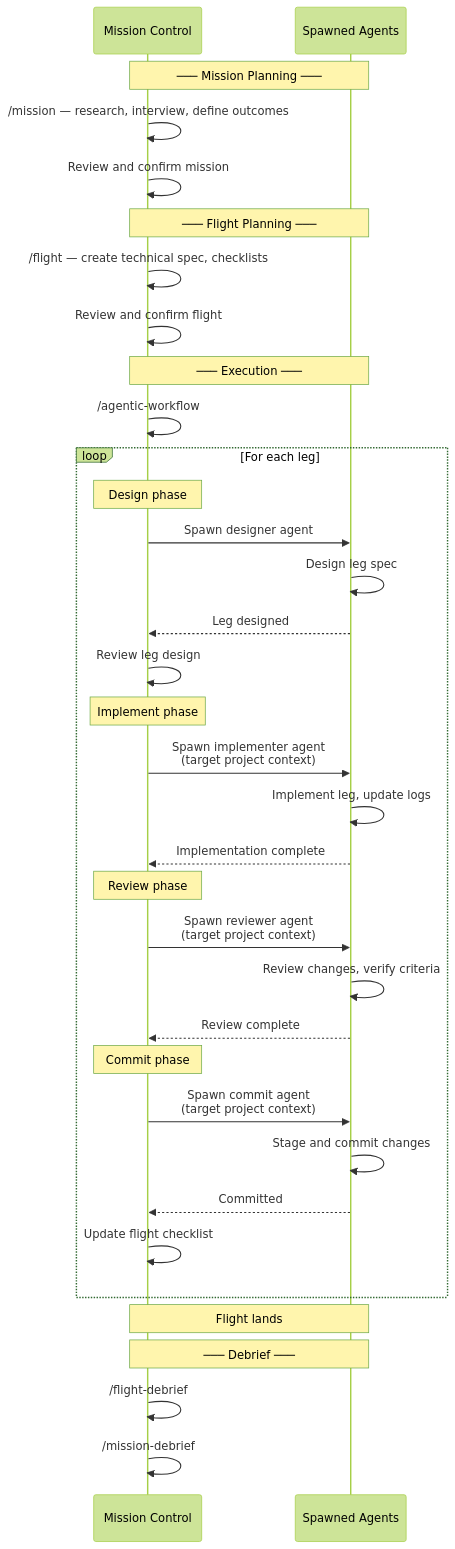
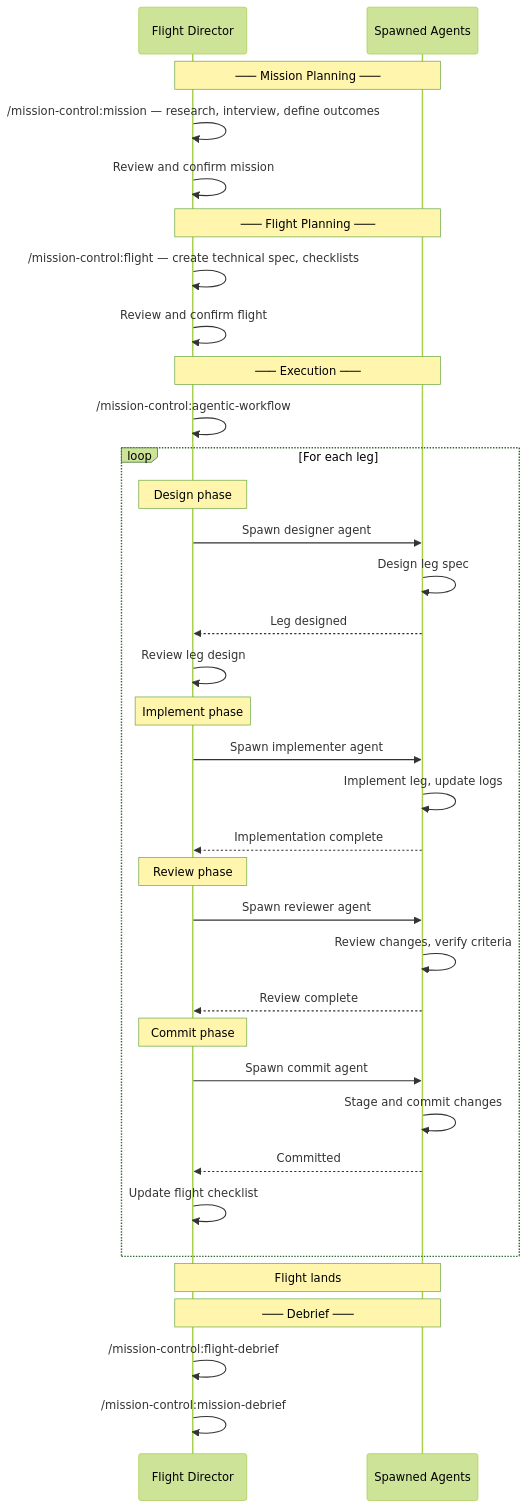
One commit to msieurthenardier/mission-control changed the diagram in README.md. Above: the diagram before and after it, drawn with Mermaid (forest theme). The commit also changed other lines of this file and 60 other files, not shown here.

First line of the commit message:
Reshape mission-control as a Claude Code plugin (#9)

````diff
--- a/README.md
+++ b/README.md
@@ -147,48 +175,48 @@
 ```mermaid
 sequenceDiagram
-    participant MC as Mission Control
+    participant MC as Flight Director
     participant A as Spawned Agents
 
     Note over MC,A: ─── Mission Planning ───
-    MC->>MC: /mission — research, interview, define outcomes
+    MC->>MC: /mission-control:mission — research, interview, define outcomes
     MC->>MC: Review and confirm mission
 
     Note over MC,A: ─── Flight Planning ───
-    MC->>MC: /flight — create technical spec, checklists
+    MC->>MC: /mission-control:flight — create technical spec, checklists
     MC->>MC: Review and confirm flight
 
     Note over MC,A: ─── Execution ───
-    MC->>MC: /agentic-workflow
+    MC->>MC: /mission-control:agentic-workflow
 
     loop For each leg
         Note over MC: Design phase
         MC->>A: Spawn designer agent
         A->>A: Design leg spec
         A-->>MC: Leg designed
 
         MC->>MC: Review leg design
 
         Note over MC: Implement phase
-        MC->>A: Spawn implementer agent<br/>(target project context)
+        MC->>A: Spawn implementer agent
         A->>A: Implement leg, update logs
         A-->>MC: Implementation complete
 
         Note over MC: Review phase
-        MC->>A: Spawn reviewer agent<br/>(target project context)
+        MC->>A: Spawn reviewer agent
         A->>A: Review changes, verify criteria
         A-->>MC: Review complete
 
         Note over MC: Commit phase
-        MC->>A: Spawn commit agent<br/>(target project context)
+        MC->>A: Spawn commit agent
         A->>A: Stage and commit changes
         A-->>MC: Committed
 
         MC->>MC: Update flight checklist
     end
 
     Note over MC,A: Flight lands
 
     Note over MC,A: ─── Debrief ───
-    MC->>MC: /flight-debrief
-    MC->>MC: /mission-debrief
+    MC->>MC: /mission-control:flight-debrief
+    MC->>MC: /mission-control:mission-debrief
 ```
````
